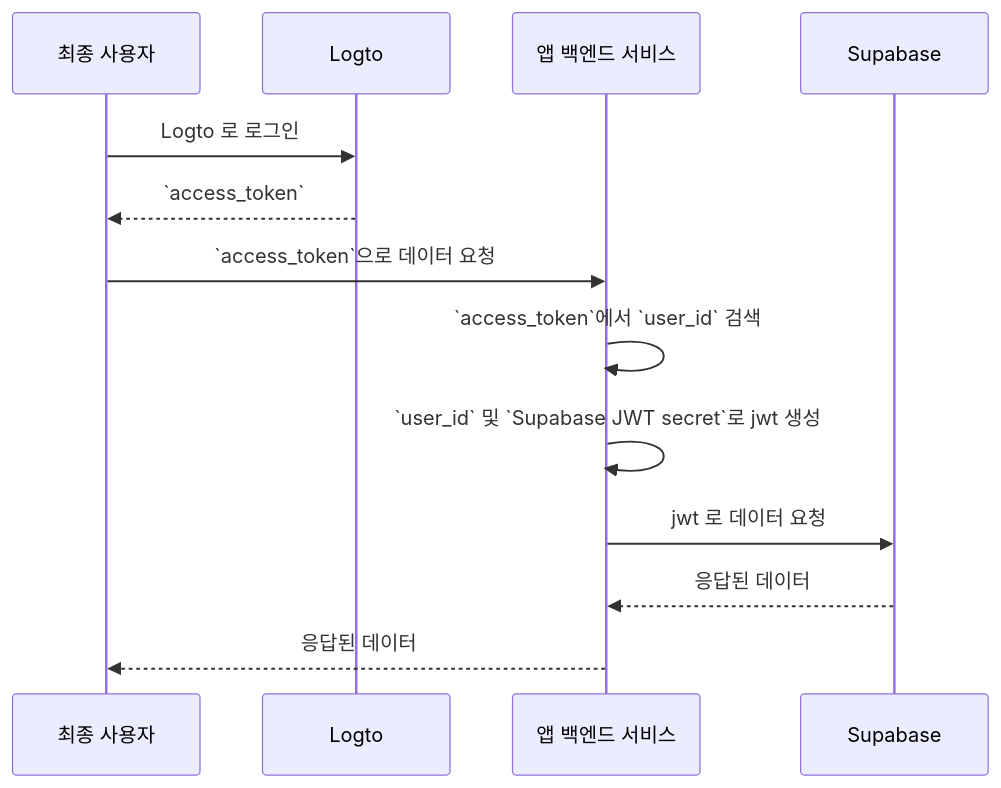
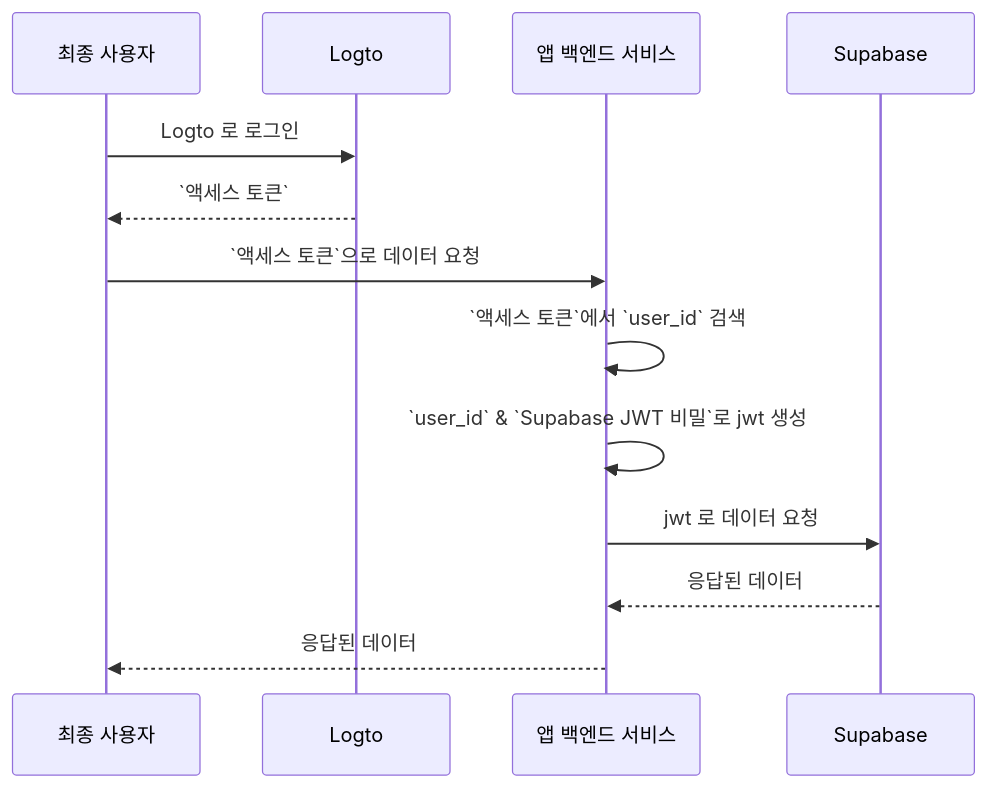
One commit to logto-io/docs changed the diagram in i18n/ko/docusaurus-plugin-content-docs/current/quick-starts/database/supabase/README.mdx. Above: the diagram before and after it, drawn with Mermaid. The commit also changed other lines of this file and 2629 other files, not shown here.

````diff
--- a/i18n/ko/docusaurus-plugin-content-docs/current/quick-starts/database/supabase/README.mdx
+++ b/i18n/ko/docusaurus-plugin-content-docs/current/quick-starts/database/supabase/README.mdx
@@ -107,16 +113,16 @@
 ```mermaid
 sequenceDiagram
 	Participant U as 최종 사용자
 	Participant Logto
 	Participant B as 앱 백엔드 서비스
 	Participant Supabase
 
 	U->>Logto: Logto 로 로그인
-	Logto-->>U: `access_token`
-	U->>B: `access_token`으로 데이터 요청
-	B->>B: `access_token`에서 `user_id` 검색
-	B->>B: `user_id` 및 `Supabase JWT secret`로 jwt 생성
+	Logto-->>U: `액세스 토큰`
+	U->>B: `액세스 토큰`으로 데이터 요청
+	B->>B: `액세스 토큰`에서 `user_id` 검색
+	B->>B: `user_id` & `Supabase JWT 비밀`로 jwt 생성
 	B->>Supabase: jwt 로 데이터 요청
 	Supabase-->>B: 응답된 데이터
 	B-->>U: 응답된 데이터
 ```
````
